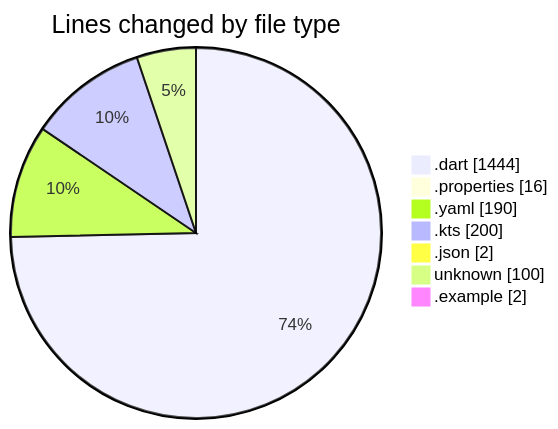
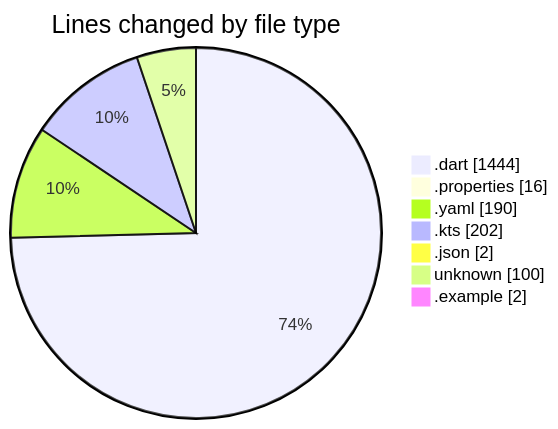
The first of 2 diagrams in 2025-10-31/weather_insights_app/README.md (donsfak/code-tracking), drawn with Mermaid before and after one commit. The commit also changed other lines of this file and 1 other file, not shown here.

````diff
--- a/2025-10-31/weather_insights_app/README.md
+++ b/2025-10-31/weather_insights_app/README.md
@@ -31,11 +31,11 @@
 ```mermaid
 pie showData
 title Lines changed by file type
 ".dart" : 1444
 ".properties" : 16
 ".yaml" : 190
-".kts" : 200
+".kts" : 202
 ".json" : 2
 "unknown" : 100
 ".example" : 2
 ```
````
